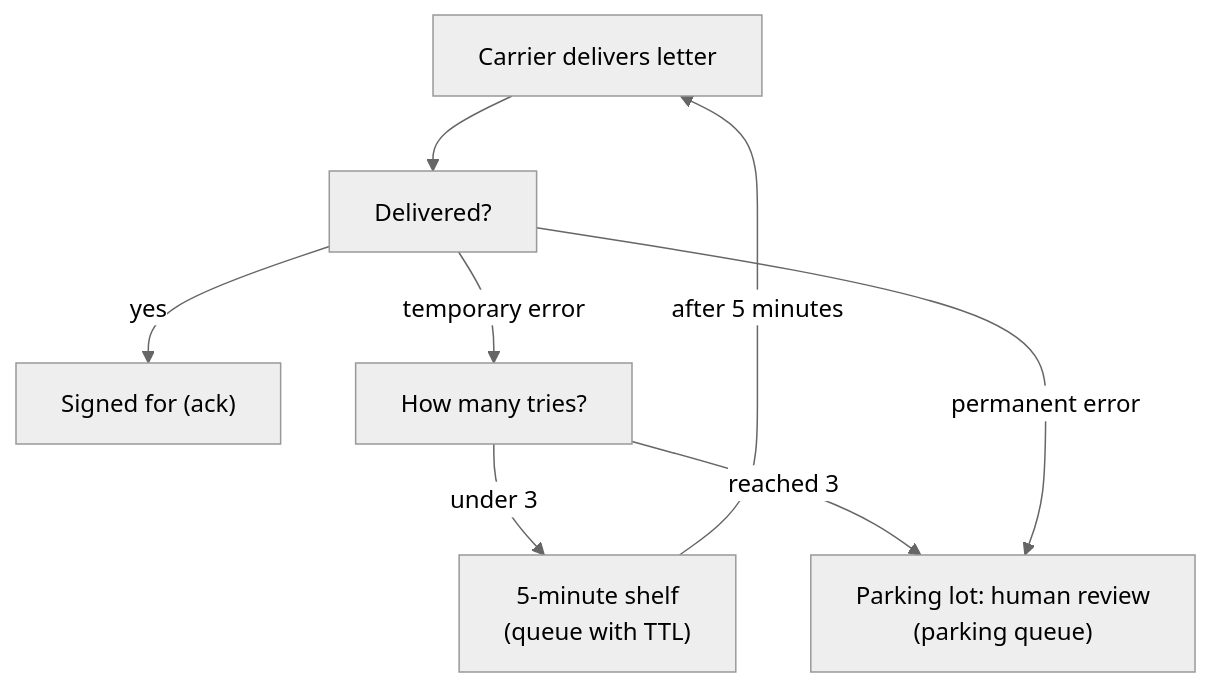
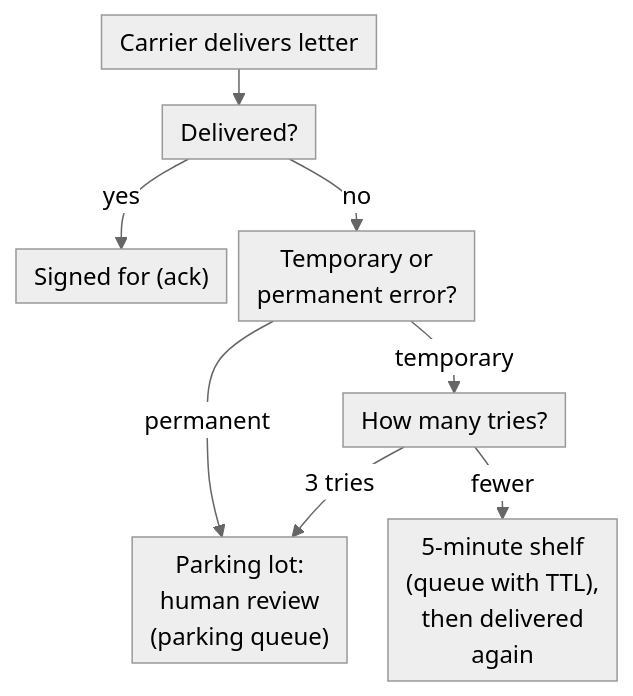
Before and after one commit to duongbui234/software-engineering-atlas: the diagram in content/en/posts/2026-11-21-rabbitmq-dlx-retry.md, drawn with Mermaid (neutral theme). The commit also changed 134 other files, not shown here.

First line of the commit message:
Fit every Mermaid diagram at 390px without sideways scroll (#56)

````diff
--- a/content/en/posts/2026-11-21-rabbitmq-dlx-retry.md
+++ b/content/en/posts/2026-11-21-rabbitmq-dlx-retry.md
@@ -55,10 +55,11 @@
 ```mermaid
+%%{init: {"flowchart": {"nodeSpacing": 8, "rankSpacing": 24, "padding": 6}}}%%
 flowchart TB
     W["Carrier delivers letter"] --> R["Delivered?"]
     R -->|"yes"| OK["Signed for (ack)"]
-    R -->|"temporary error"| L["How many tries?"]
-    L -->|"under 3"| K["5-minute shelf<br/>(queue with TTL)"]
-    K -->|"after 5 minutes"| W
-    L -->|"reached 3"| P["Parking lot: human review<br/>(parking queue)"]
-    R -->|"permanent error"| P
+    R -->|"no"| E["Temporary or<br/>permanent error?"]
+    E -->|"permanent"| P["Parking lot:<br/>human review<br/>(parking queue)"]
+    E -->|"temporary"| L["How many tries?"]
+    L -->|"3 tries"| P
+    L -->|"fewer"| K["5-minute shelf<br/>(queue with TTL),<br/>then delivered<br/>again"]
 ```
````
